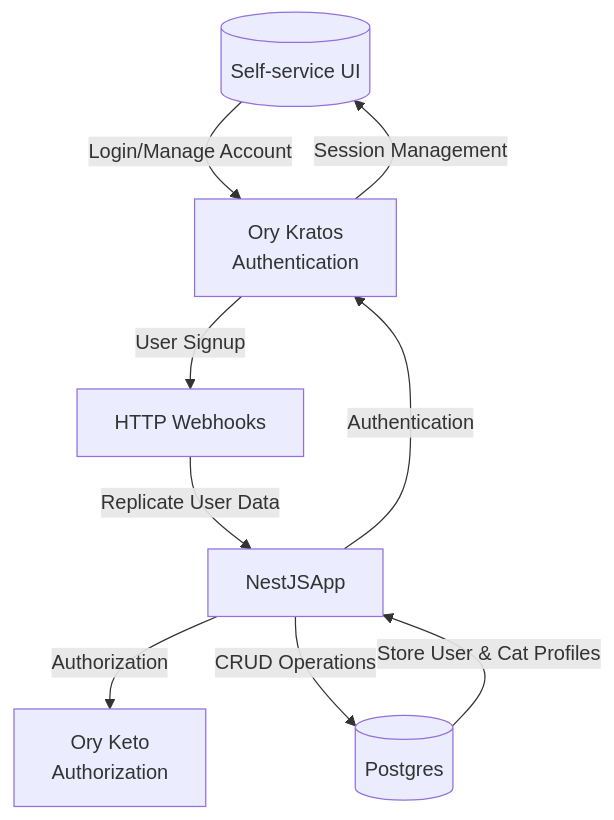
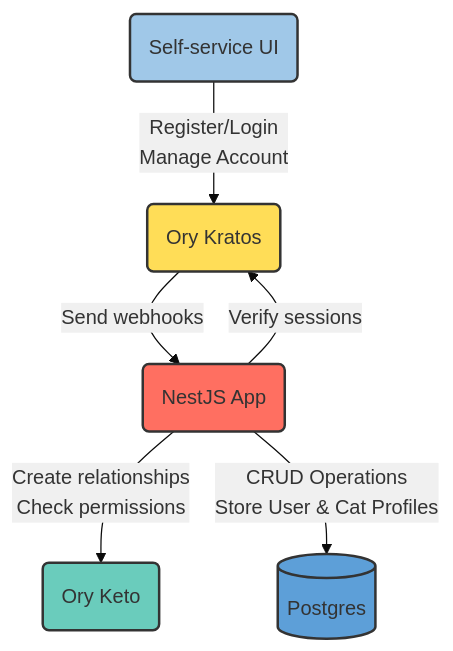
Before and after one commit to getlarge/cat-fostering: the diagram in README.md, drawn with Mermaid. The commit also changed other lines of this file, not shown here.

````diff
--- a/README.md
+++ b/README.md
@@ -33,13 +44,16 @@
 ```mermaid
+%%{init: {'theme': 'base', 'themeVariables': { 'primaryColor': '#5d9fd8', 'textColor': 'black', 'secondaryColor': '#f0f0f0', 'tertiaryColor': '#a0c8e8' }}}%%
 graph TD
-    UI[(Self-service UI)] -->|Login/Manage Account| OryKratos[Ory Kratos<br>Authentication]
-    %%UI -->|View/Search Cats, Request Fostering| NestJSApp[NestJS App]%%
-    NestJSApp -->|Authentication| OryKratos
-    NestJSApp -->|Authorization| OryKeto[Ory Keto<br>Authorization]
-    NestJSApp -->|CRUD Operations| Postgres[(Postgres)]
-    OryKratos -->|User Signup| Webhooks[HTTP Webhooks]
-    Webhooks -->|Replicate User Data| NestJSApp
-    OryKratos -->|Session Management| UI
-    Postgres -->|Store User & Cat Profiles| NestJSApp
+    UI(Self-service UI) -->|Register/Login <br>Manage Account| OryKratos(Ory Kratos)
+    NestJSApp(NestJS App) -->|Verify sessions| OryKratos
+    NestJSApp -->|Create relationships <br> Check permissions| OryKeto(Ory Keto)
+    NestJSApp -->|CRUD Operations \n Store User & Cat Profiles| Postgres[(Postgres)]
+    OryKratos -->|Send webhooks| NestJSApp
 
+
+    style UI fill:#a0c8e8,stroke:#333,stroke-width:2px
+    style OryKratos fill:#ffdd57,stroke:#333,stroke-width:2px
+    style OryKeto fill:#6accbc,stroke:#333,stroke-width:2px
+    style NestJSApp fill:#ff6f61,stroke:#333,stroke-width:2px
+    style Postgres fill:#5d9fd8,stroke:#333,stroke-width:2px
 ```
````
